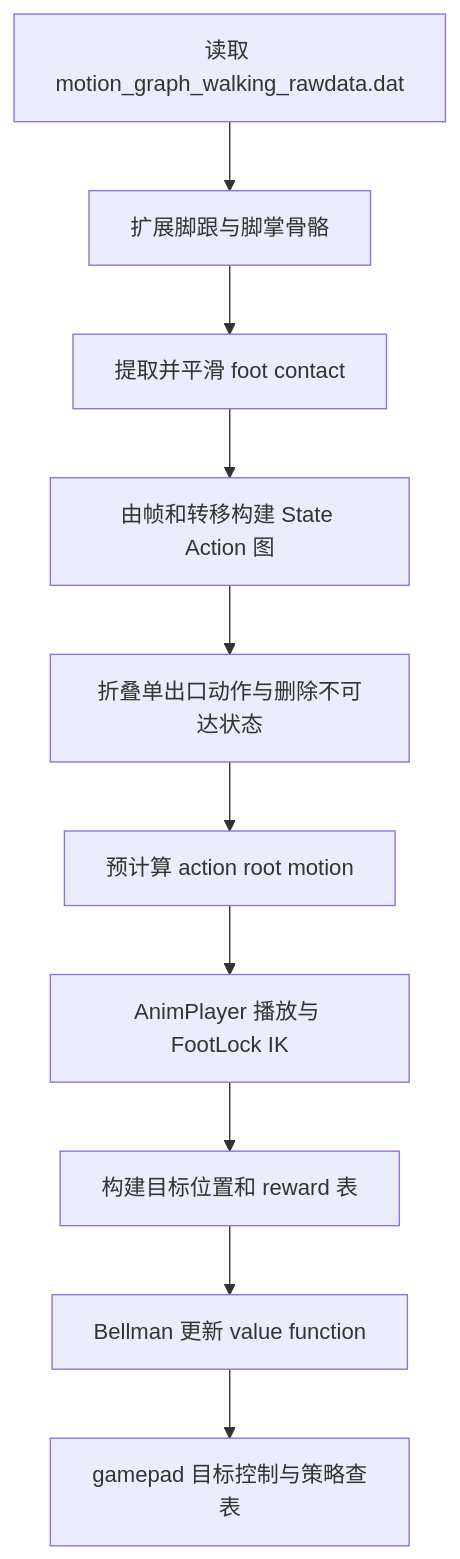
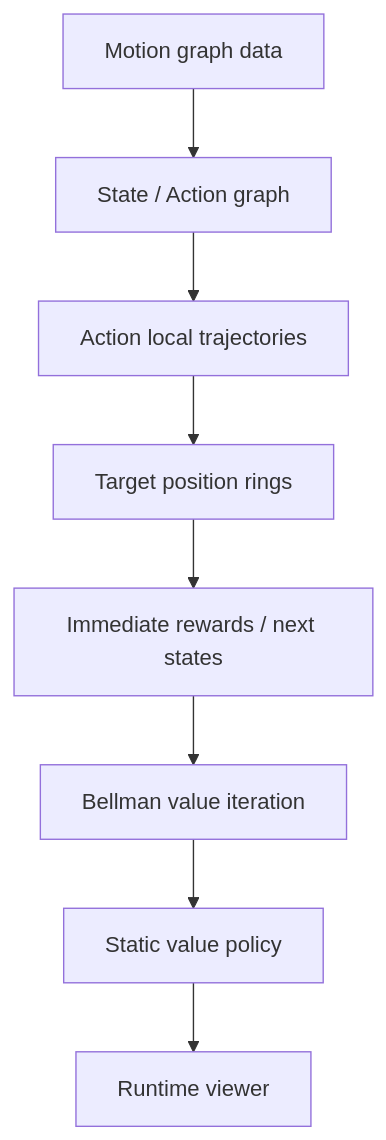
Before and after one commit to EvihGraphics/AnimationTech-HTC: the first of 5 diagrams in docs/blog/AnimationPapers/precomputing_avatar_behavior/README.md, drawn with Mermaid. The commit also changed other lines of this file and 319 other files, not shown here.

````diff
--- a/docs/blog/AnimationPapers/precomputing_avatar_behavior/README.md
+++ b/docs/blog/AnimationPapers/precomputing_avatar_behavior/README.md
@@ -21,12 +27,10 @@
 ```mermaid
 flowchart TD
-    A[读取 motion_graph_walking_rawdata.dat] --> B[扩展脚跟与脚掌骨骼]
-    B --> C[提取并平滑 foot contact]
-    C --> D[由帧和转移构建 State Action 图]
-    D --> E[折叠单出口动作与删除不可达状态]
-    E --> F[预计算 action root motion]
-    F --> G[AnimPlayer 播放与 FootLock IK]
-    G --> H[构建目标位置和 reward 表]
-    H --> I[Bellman 更新 value function]
-    I --> J[gamepad 目标控制与策略查表]
+    A[Motion graph data] --> B[State / Action graph]
+    B --> C[Action local trajectories]
+    C --> D[Target position rings]
+    D --> E[Immediate rewards / next states]
+    E --> F[Bellman value iteration]
+    F --> G[Static value policy]
+    G --> H[Runtime viewer]
 ```
````
